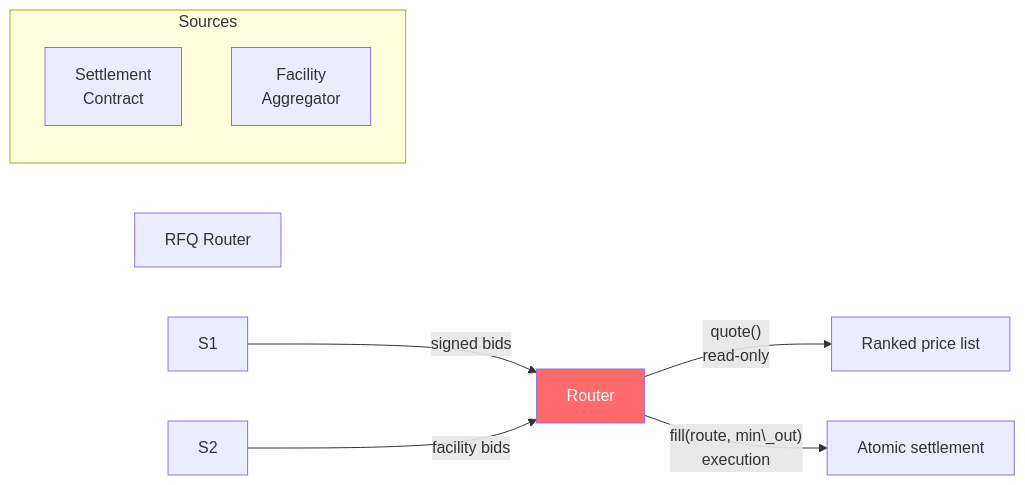
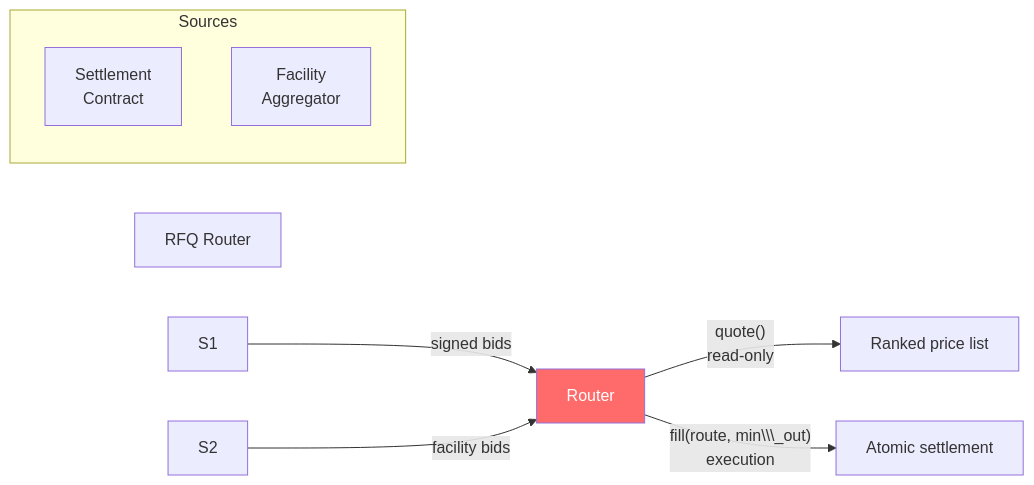
The third of 9 diagrams in docs/TECHNICAL_ARCHITECTURE.md (mystic-finance/Stellar-RFQ), drawn with Mermaid before and after one commit. The commit also changed other lines of this file, not shown here.

````diff
--- a/docs/TECHNICAL_ARCHITECTURE.md
+++ b/docs/TECHNICAL_ARCHITECTURE.md
@@ -692,16 +736,16 @@
 ```mermaid
 graph LR
     subgraph Sources
-        S1\["Settlement<br/>Contract"]
-        S2\["Facility<br/>Aggregator"]
+        S1\\\["Settlement<br/>Contract"]
+        S2\\\["Facility<br/>Aggregator"]
     end
 
-    Router\["RFQ Router"]
+    Router\\\["RFQ Router"]
     
     S1 -->|"signed bids"| Router
     S2 -->|"facility bids"| Router
-    Router -->|"quote()<br/>read-only"| Output1\["Ranked price list"]
-    Router -->|"fill(route, min\_out)<br/>execution"| Output2\["Atomic settlement"]
+    Router -->|"quote()<br/>read-only"| Output1\\\["Ranked price list"]
+    Router -->|"fill(route, min\\\_out)<br/>execution"| Output2\\\["Atomic settlement"]
 
     style Router fill:#ff6b6b,color:#fff
 ```
````
